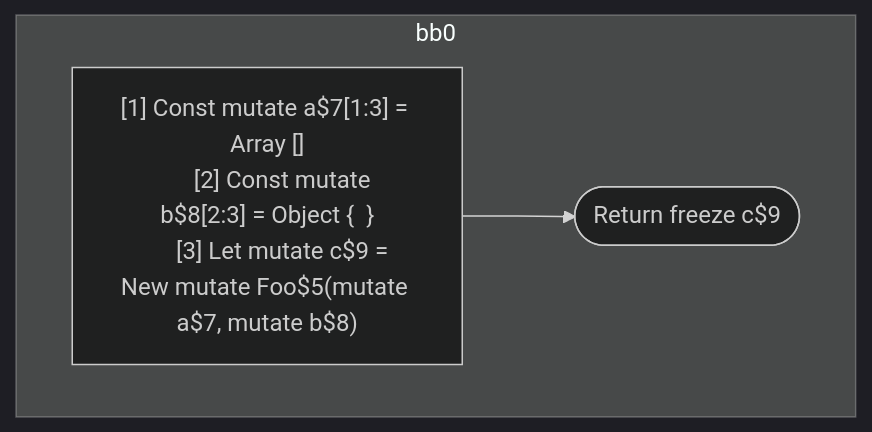
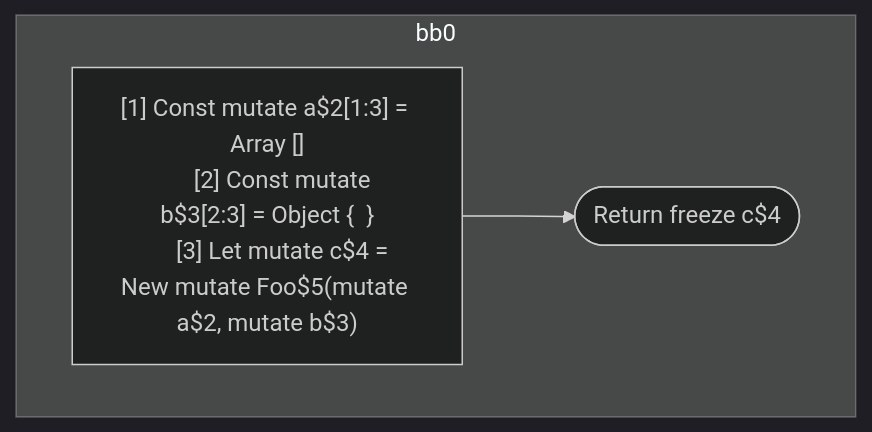
Before and after one commit to wutsmog/private: the second of 2 diagrams in compiler/forget/src/__tests__/fixtures/hir/ssa-newexpression.expect.md, drawn with Mermaid (dark theme). The commit also changed other lines of this file and 57 other files, not shown here.

````diff
--- a/compiler/forget/src/__tests__/fixtures/hir/ssa-newexpression.expect.md
+++ b/compiler/forget/src/__tests__/fixtures/hir/ssa-newexpression.expect.md
@@ -56,15 +56,15 @@
 ```mermaid
 flowchart TB
   %% Basic Blocks
   subgraph bb0
     bb0_instrs["
-      [1] Const mutate a$7[1:3] = Array []
-      [2] Const mutate b$8[2:3] = Object {  }
-      [3] Let mutate c$9 = New mutate Foo$5(mutate a$7, mutate b$8)
+      [1] Const mutate a$2[1:3] = Array []
+      [2] Const mutate b$3[2:3] = Object {  }
+      [3] Let mutate c$4 = New mutate Foo$5(mutate a$2, mutate b$3)
     "]
-    bb0_instrs --> bb0_terminal(["Return freeze c$9"])
+    bb0_instrs --> bb0_terminal(["Return freeze c$4"])
   end
 
   %% Jumps
   %% empty
 ```
````
